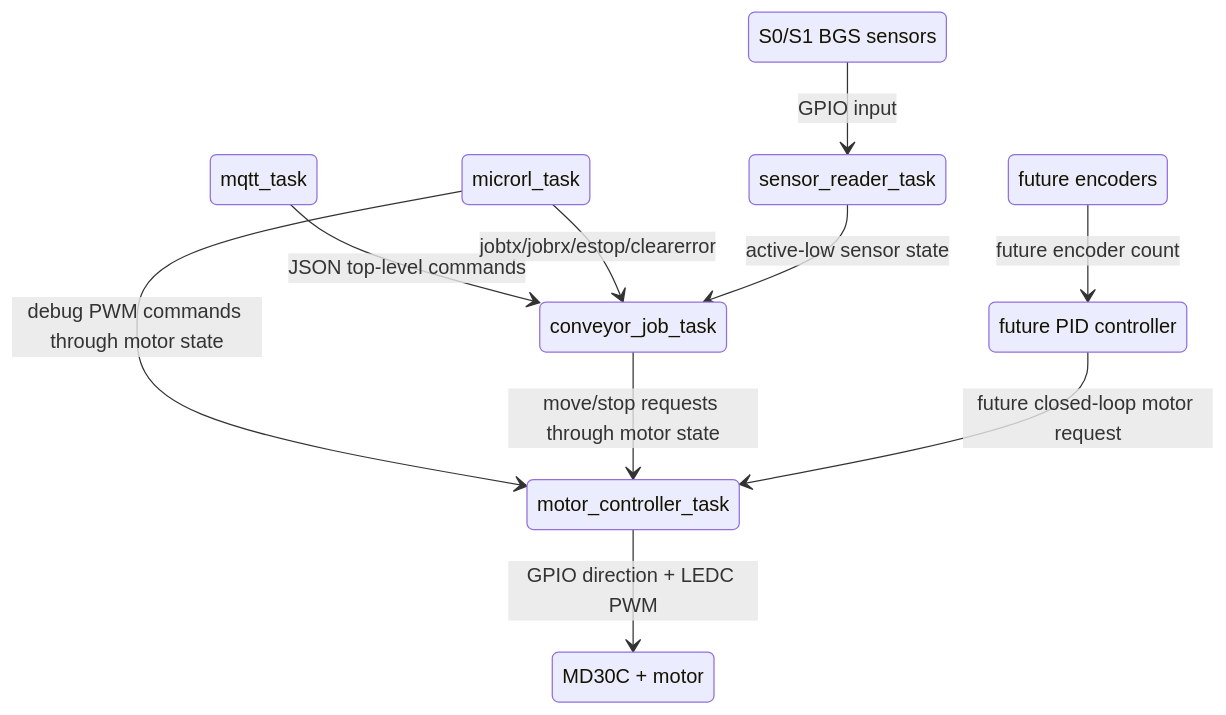
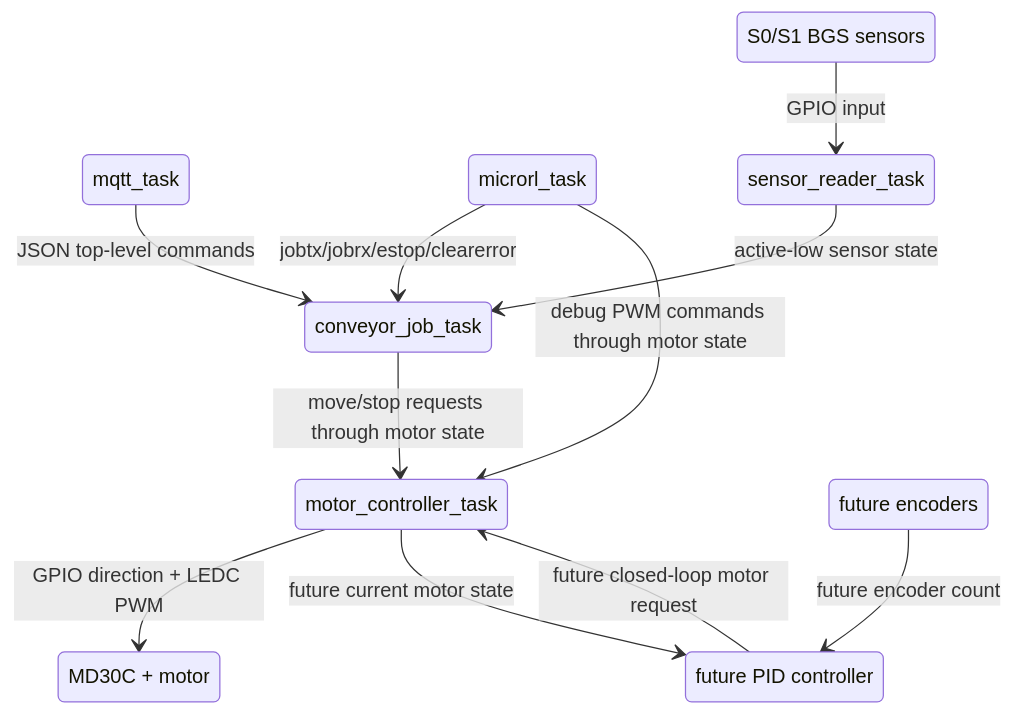
Before and after one commit to anbu-05/conveyor_control_firmware: the diagram in docs/architecture.mmd, drawn with Mermaid. The commit also changed 14 other files, not shown here.

```diff
--- a/docs/architecture.mmd
+++ b/docs/architecture.mmd
@@ -1,20 +1,21 @@
 stateDiagram
     mqtt: mqtt_task
     microrl: microrl_task
     sensor_controller: sensor_reader_task
     statemachine: conveyor_job_task
     motor_controller: motor_controller_task
     PID_controller: future PID controller
     encoders: future encoders
     sensors: S0/S1 BGS sensors
     motors: MD30C + motor
 
     mqtt --> statemachine : JSON top-level commands
     microrl --> statemachine : jobtx/jobrx/estop/clearerror
     microrl --> motor_controller : debug PWM commands through motor state
     statemachine --> motor_controller : move/stop requests through motor state
     motor_controller --> motors : GPIO direction + LEDC PWM
     sensor_controller --> statemachine : active-low sensor state
     sensors --> sensor_controller : GPIO input
     encoders --> PID_controller : future encoder count
     PID_controller --> motor_controller : future closed-loop motor request
+    motor_controller --> PID_controller : future current motor state
```
